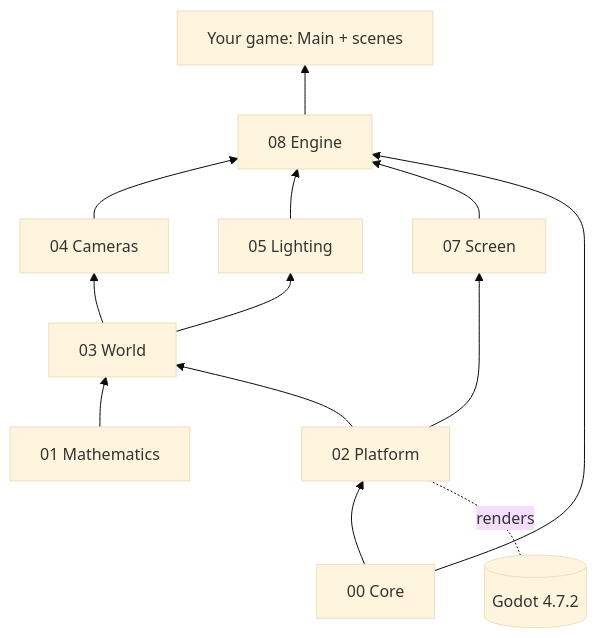
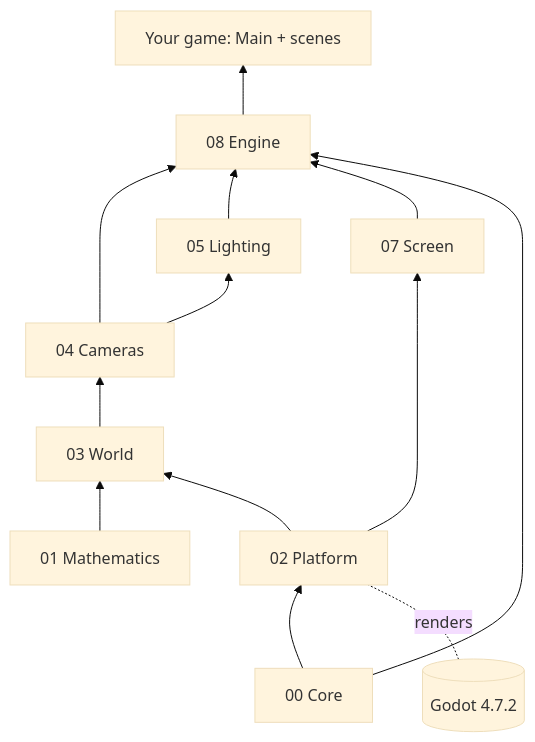
The diagram in documents/Architecture/Architecture Overview.md (ThatEvilGuy-237/MyGameFrameWork), drawn with Mermaid (base theme) before and after one commit. The commit also changed other lines of this file and 23 other files, not shown here.

````diff
--- a/documents/Architecture/Architecture Overview.md
+++ b/documents/Architecture/Architecture Overview.md
@@ -29,15 +29,15 @@
 ```mermaid
 flowchart BT
   core[00 Core] --> platform[02 Platform]
   math[01 Mathematics] --> world[03 World]
   platform --> world
   platform --> screen[07 Screen]
   world --> cameras[04 Cameras]
-  world --> lighting[05 Lighting]
+  cameras --> lighting[05 Lighting]
   cameras --> engine[08 Engine]
   lighting --> engine
   screen --> engine
   core --> engine
   engine --> game[Your game: Main + scenes]
   godot[(Godot 4.7.2)] -.renders.- platform
 ```
````
